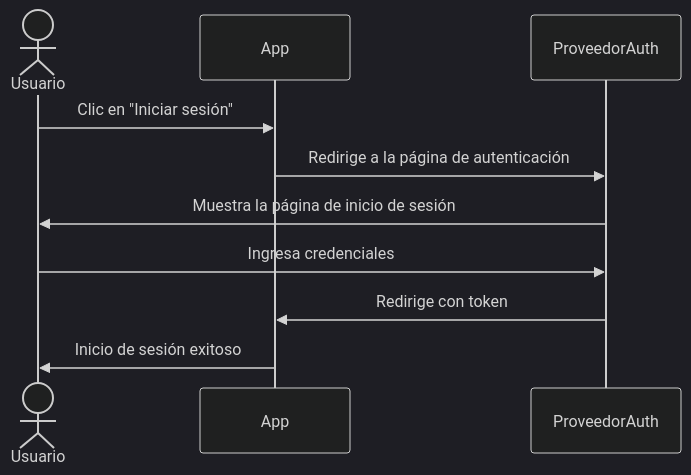
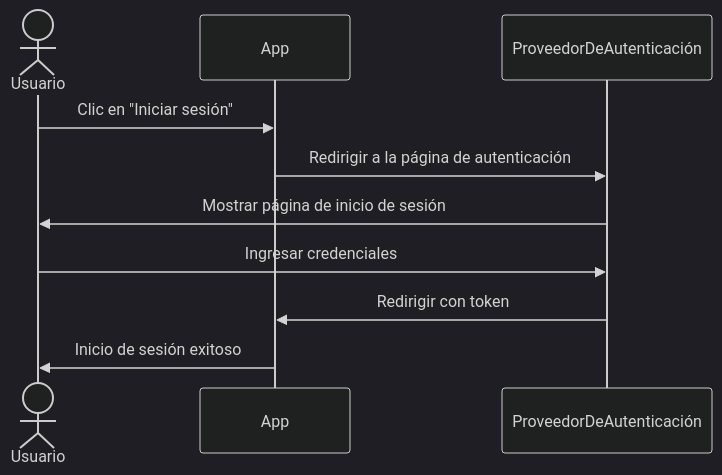
The first of 7 diagrams in i18n/es/docusaurus-plugin-content-docs/current/use-cases/multi-tenancy/build-multi-tenant-saas-application.mdx (logto-io/docs), drawn with Mermaid (dark theme) before and after one commit. The commit also changed other lines of this file and 74 other files, not shown here.

````diff
--- a/i18n/es/docusaurus-plugin-content-docs/current/use-cases/multi-tenancy/build-multi-tenant-saas-application.mdx
+++ b/i18n/es/docusaurus-plugin-content-docs/current/use-cases/multi-tenancy/build-multi-tenant-saas-application.mdx
@@ -186,13 +186,13 @@
 ```mermaid
 sequenceDiagram
   actor u as Usuario
   participant a as App
-  participant auth as ProveedorAuth
+  participant auth as ProveedorDeAutenticación
 
   u->>a: Clic en "Iniciar sesión"
-  a->>auth: Redirige a la página de autenticación
-  auth->>u: Muestra la página de inicio de sesión
-  u->>auth: Ingresa credenciales
-  auth->>a: Redirige con token
+  a->>auth: Redirigir a la página de autenticación
+  auth->>u: Mostrar página de inicio de sesión
+  u->>auth: Ingresar credenciales
+  auth->>a: Redirigir con token
   a->>u: Inicio de sesión exitoso
 ```
````
